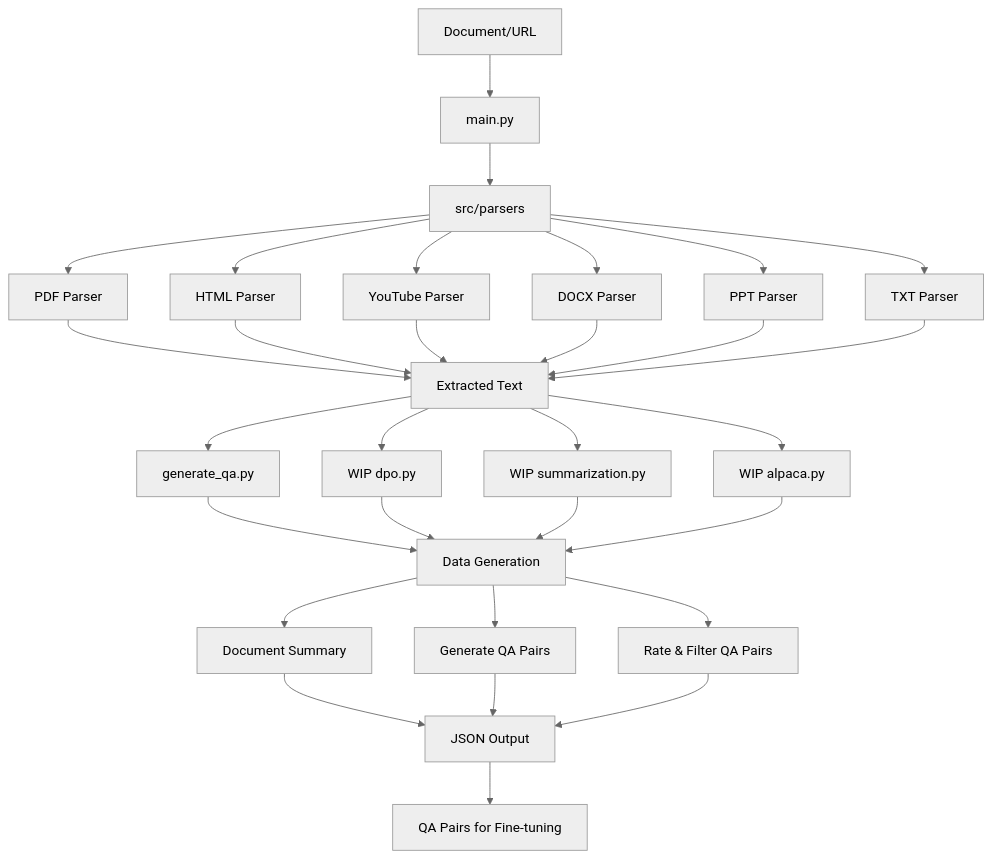
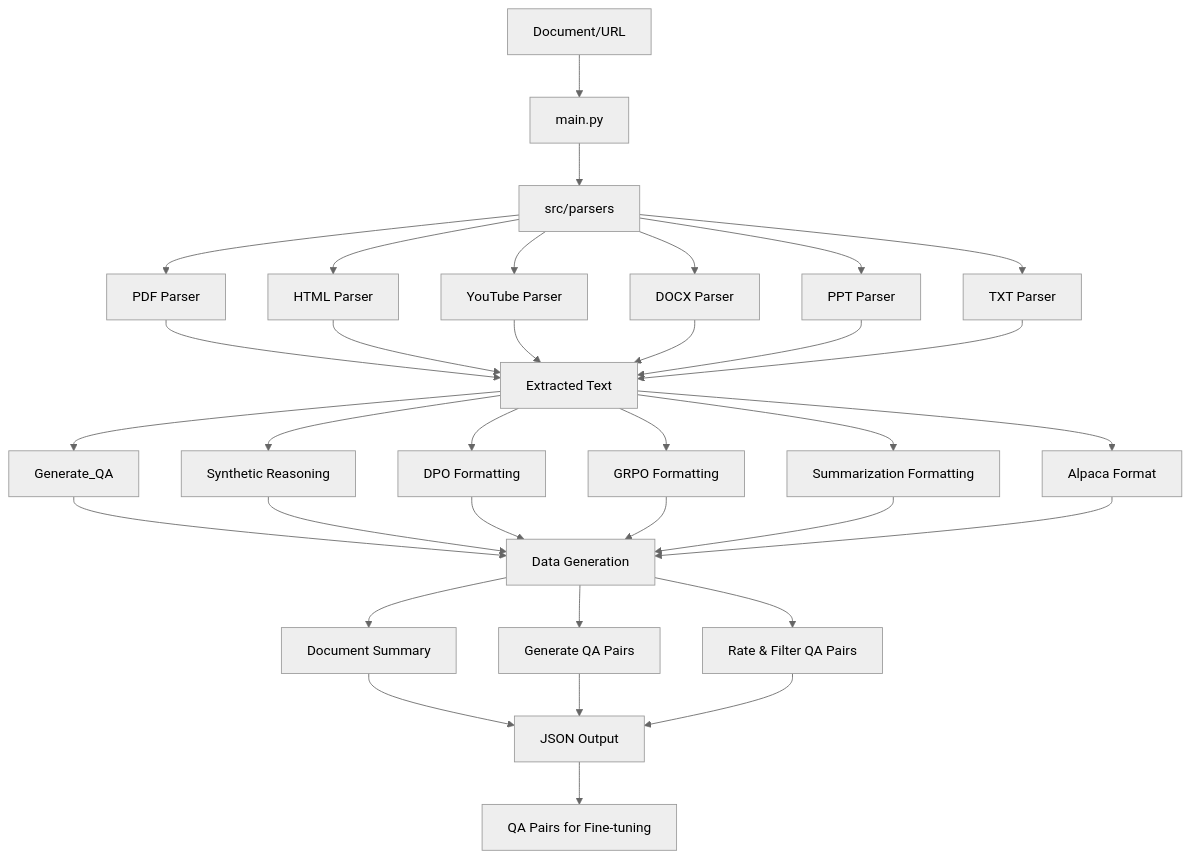
One commit to meta-llama/llama-cookbook changed the diagram in end-to-end-use-cases/data-tool/ReadMe.MD. Above: the diagram before and after it, drawn with Mermaid (neutral theme).

````diff
--- a/end-to-end-use-cases/data-tool/ReadMe.MD
+++ b/end-to-end-use-cases/data-tool/ReadMe.MD
@@ -128,29 +128,33 @@
 ```mermaid
 graph TD
     A[Document/URL] --> B[main.py]
     B --> C[src/parsers]
     C --> D[PDF Parser]
     C --> E[HTML Parser]
     C --> F[YouTube Parser]
     C --> G[DOCX Parser]
     C --> H[PPT Parser]
     C --> I[TXT Parser]
     D & E & F & G & H & I --> J[Extracted Text]
     
-    J --> K[generate_qa.py]
-    J --> KK[WIP dpo.py]
-    J --> KL[WIP summarization.py]
-    J --> KM[WIP alpaca.py]
+    J --> K[Generate_QA]
+    J --> KKK[Synthetic Reasoning]
+    J --> KK[DPO Formatting]
+    J --> KLL[GRPO Formatting]
+    J --> KL[Summarization Formatting]
+    J --> KM[Alpaca Format]
 
     K --> M[Data Generation]
+    KKK --> M[Data Generation]
     KK --> M[Data Generation]
+    KLL --> M[Data Generation]
     KL --> M[Data Generation]
     KM--> M[Data Generation]
     
     M --> N[Document Summary]
     M --> O[Generate QA Pairs]
     M --> P[Rate & Filter QA Pairs]
     
     N & O & P --> Q[JSON Output]
     Q --> R[QA Pairs for Fine-tuning]
 ```
````
